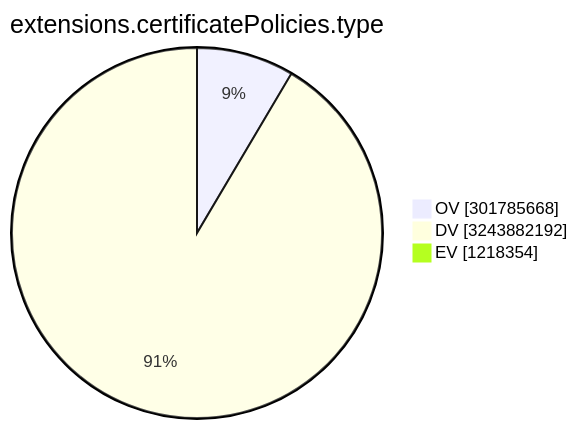
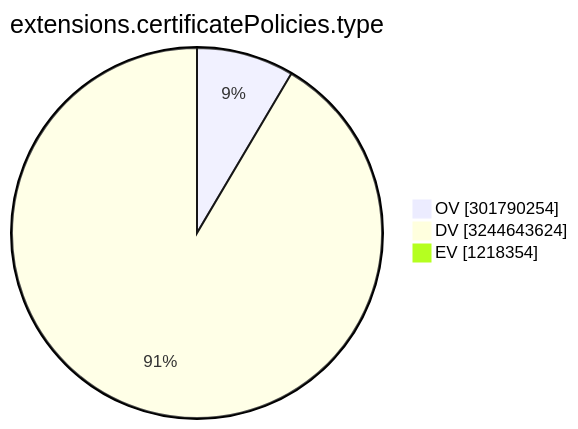
Before and after one commit to christiankrug/ctmonitor_visualization: the ninth of 15 diagrams in TOTAL/README.md, drawn with Mermaid. The commit also changed other lines of this file, not shown here.

````diff
--- a/TOTAL/README.md
+++ b/TOTAL/README.md
@@ -3107,7 +3107,7 @@
 ```mermaid
 pie showData
 title extensions.certificatePolicies.type
-"OV" :301785668
-"DV" :3243882192
+"OV" :301790254
+"DV" :3244643624
 "EV" :1218354
 ```
````
